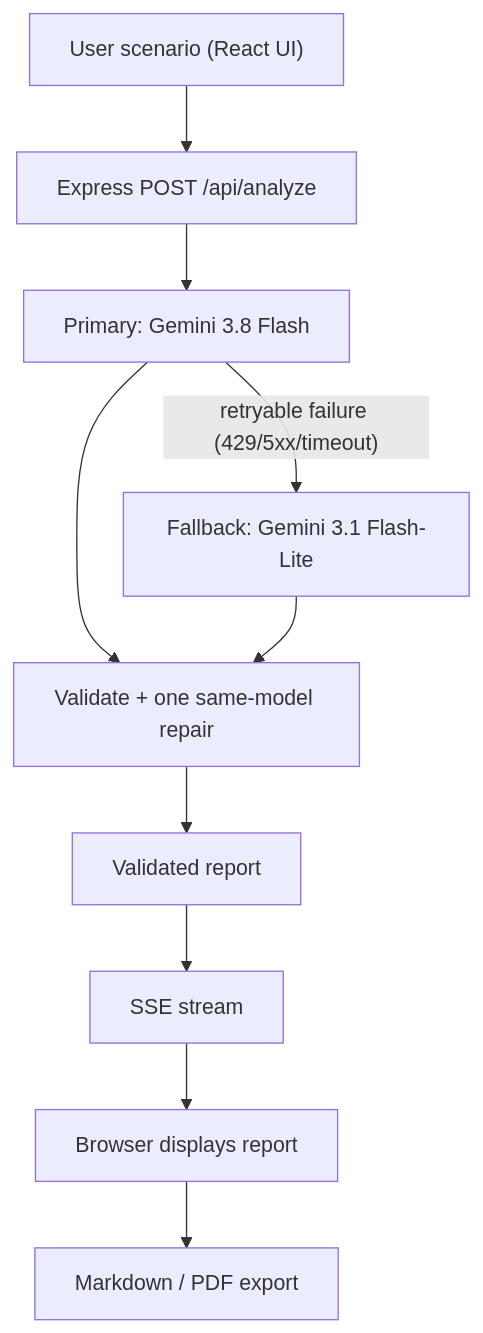
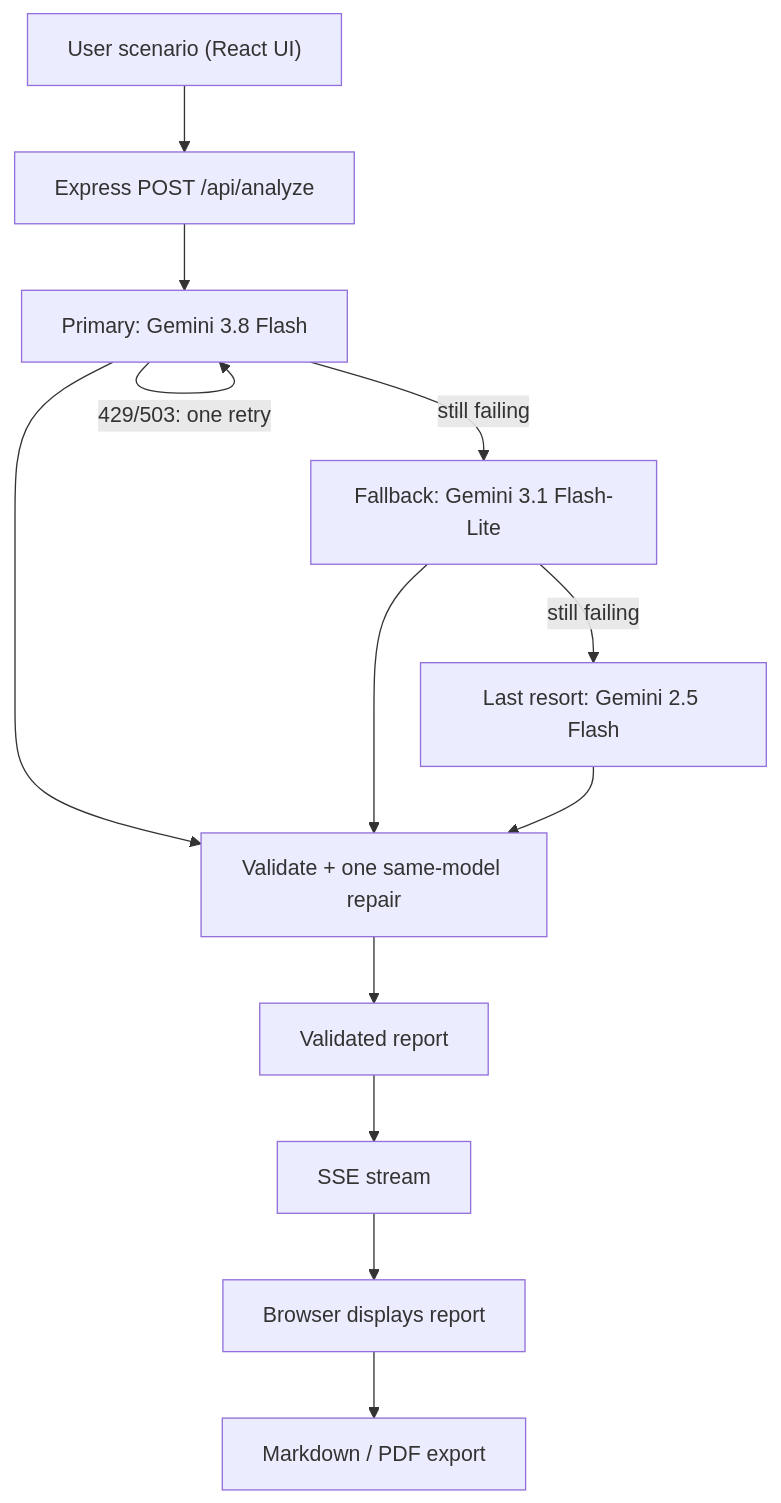
Before and after one commit to Hereforlolz/PilotCraft: the first of 2 diagrams in README.md, drawn with Mermaid. The commit also changed other lines of this file and 5 other files, not shown here.

First line of the commit message:
Add same-model retry and last-resort model; document standalone setup

````diff
--- a/README.md
+++ b/README.md
@@ -102,12 +102,15 @@
 ```mermaid
 flowchart TD
     A["User scenario (React UI)"] --> B["Express POST /api/analyze"]
     B --> C["Primary: Gemini 3.8 Flash"]
-    C -->|"retryable failure (429/5xx/timeout)"| F["Fallback: Gemini 3.1 Flash-Lite"]
+    C -->|"429/503: one retry"| C
+    C -->|"still failing"| F["Fallback: Gemini 3.1 Flash-Lite"]
+    F -->|"still failing"| L["Last resort: Gemini 2.5 Flash"]
     C --> D["Validate + one same-model repair"]
     F --> D
+    L --> D
     D --> V["Validated report"]
     V --> S["SSE stream"]
     S --> U["Browser displays report"]
     U --> X["Markdown / PDF export"]
 ```
````
